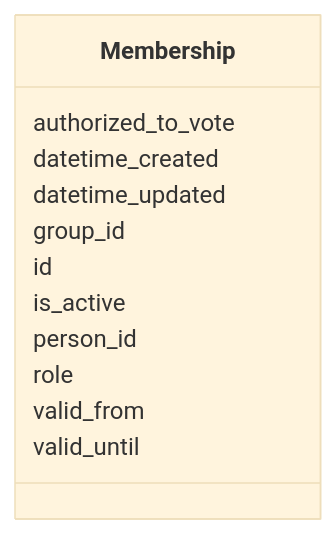
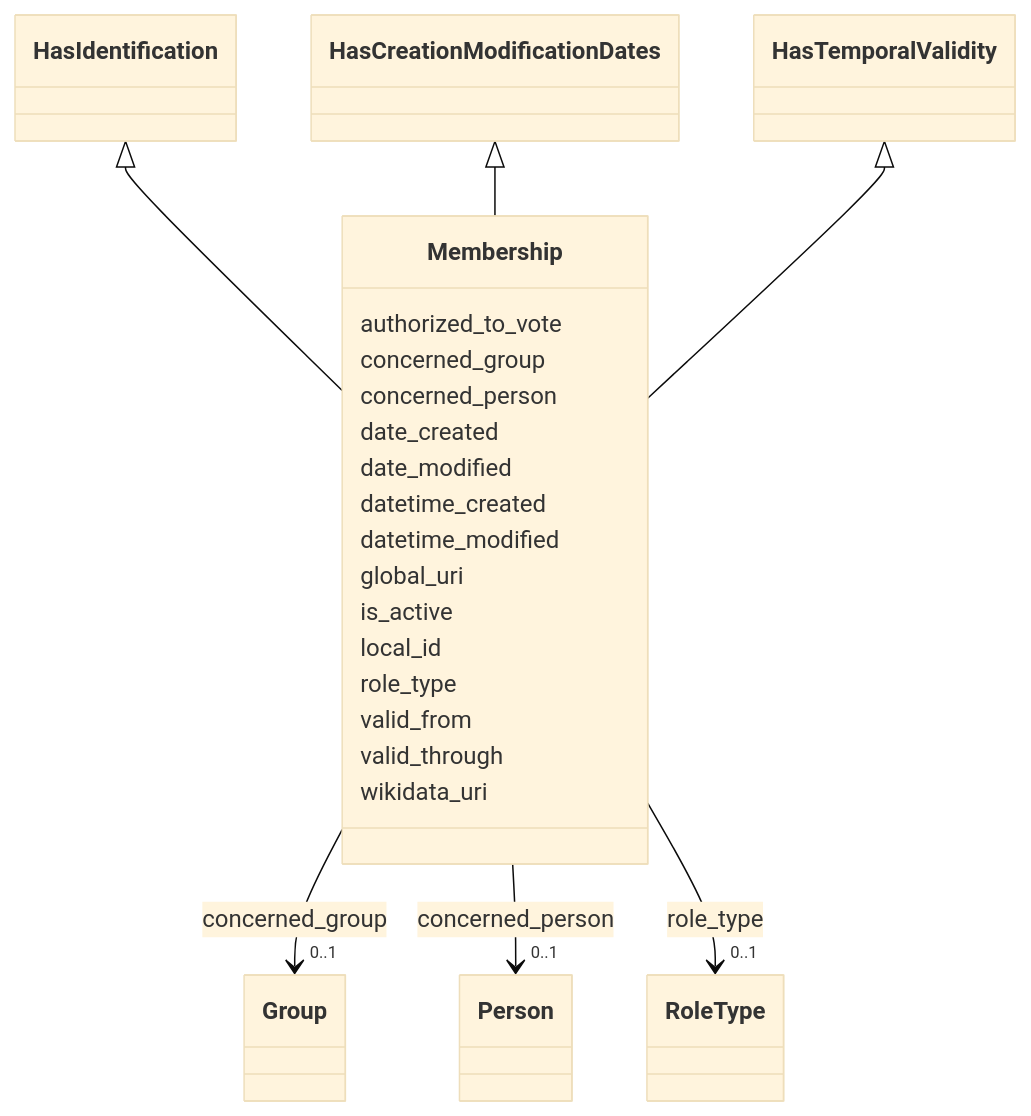
One commit to swiss/political-affairs-ech-group changed the diagram in ech-0294_actors/output/docs/Membership.md. Above: the diagram before and after it, drawn with Mermaid (base theme). The commit also changed other lines of this file and 176 other files, not shown here.

````diff
--- a/ech-0294_actors/output/docs/Membership.md
+++ b/ech-0294_actors/output/docs/Membership.md
@@ -22,26 +22,68 @@
 ```mermaid
  classDiagram
     class Membership
     click Membership href "../Membership/"
+      HasIdentification <|-- Membership
+        click HasIdentification href "../HasIdentification/"
+      HasCreationModificationDates <|-- Membership
+        click HasCreationModificationDates href "../HasCreationModificationDates/"
+      HasTemporalValidity <|-- Membership
+        click HasTemporalValidity href "../HasTemporalValidity/"
+      
       Membership : authorized_to_vote
+        
+      Membership : concerned_group
+        
+          
+    
+        
+        
+        Membership --> "0..1" Group : concerned_group
+        click Group href "../Group/"
+    
+
+        
+      Membership : concerned_person
+        
+          
+    
+        
+        
+        Membership --> "0..1" Person : concerned_person
+        click Person href "../Person/"
+    
+
+        
+      Membership : date_created
+        
+      Membership : date_modified
         
       Membership : datetime_created
         
-      Membership : datetime_updated
+      Membership : datetime_modified
         
-      Membership : group_id
-        
-      Membership : id
+      Membership : global_uri
         
       Membership : is_active
         
-      Membership : person_id
+      Membership : local_id
         
-      Membership : role
+      Membership : role_type
+        
+          
+    
+        
+        
+        Membership --> "0..1" RoleType : role_type
+        click RoleType href "../RoleType/"
+    
+
         
       Membership : valid_from
         
-      Membership : valid_until
+      Membership : valid_through
+        
+      Membership : wikidata_uri
         
       
 ```
````
